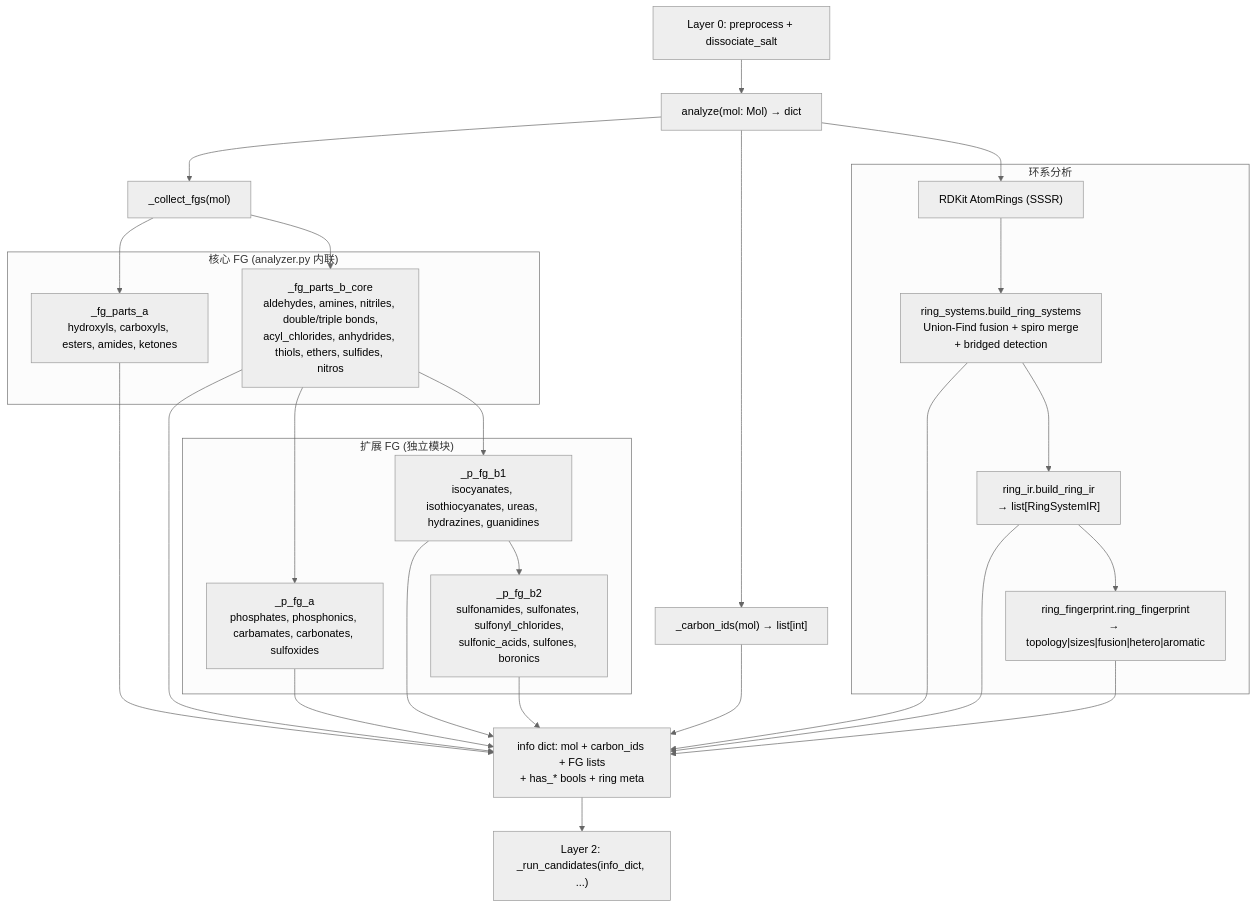
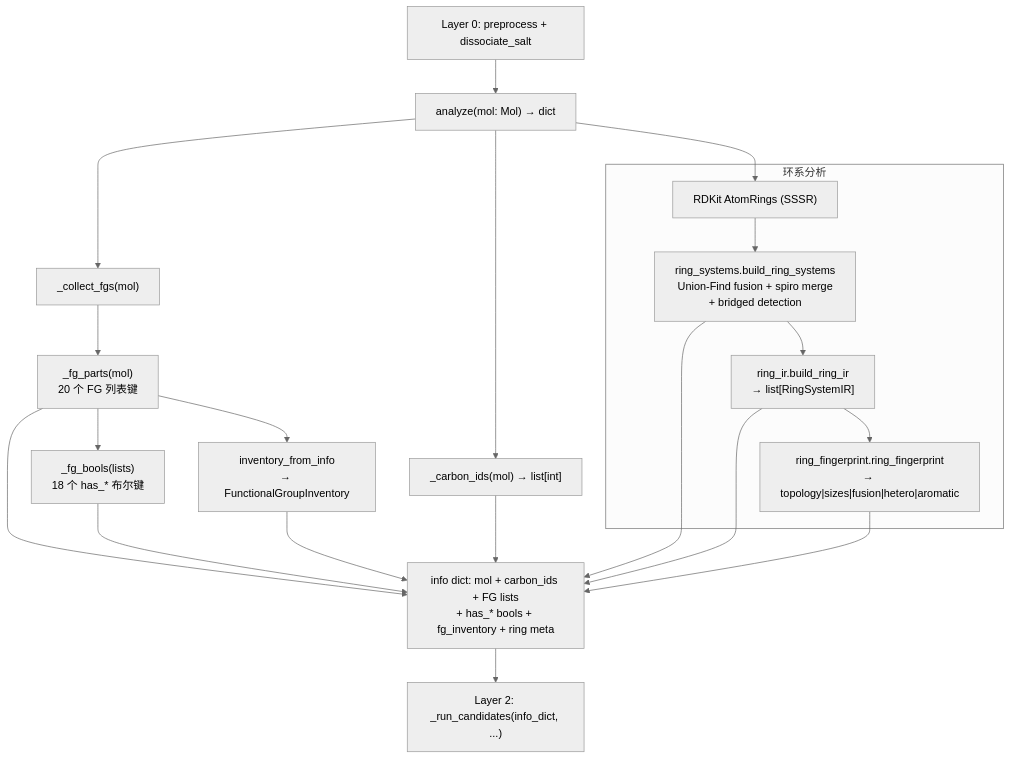
One commit to zouxiaofei1/OpenSMILES changed the first of 2 diagrams in docs/wiki/architecture/layer1-analyzer.md. Above: the diagram before and after it, drawn with Mermaid (neutral theme). The commit also changed other lines of this file and 20 other files, not shown here.

````diff
--- a/docs/wiki/architecture/layer1-analyzer.md
+++ b/docs/wiki/architecture/layer1-analyzer.md
@@ -208,55 +173,43 @@
 ```mermaid
 flowchart TD
     L0["Layer 0: preprocess + dissociate_salt"]
     L1_ENTRY["analyze(mol: Mol) → dict"]
     CARBONS["_carbon_ids(mol) → list[int]"]
     FG_COLLECT["_collect_fgs(mol)"]
-
-    subgraph FG_CORE["核心 FG (analyzer.py 内联)"]
-        FG_A["_fg_parts_a<br/>hydroxyls, carboxyls, esters, amides, ketones"]
-        FG_B_CORE["_fg_parts_b_core<br/>aldehydes, amines, nitriles, double/triple bonds,<br/>acyl_chlorides, anhydrides, thiols, ethers, sulfides, nitros"]
-    end
-
-    subgraph FG_EXT["扩展 FG (独立模块)"]
-        FG_PA["_p_fg_a<br/>phosphates, phosphonics, carbamates, carbonates, sulfoxides"]
-        FG_PB1["_p_fg_b1<br/>isocyanates, isothiocyanates, ureas, hydrazines, guanidines"]
-        FG_PB2["_p_fg_b2<br/>sulfonamides, sulfonates, sulfonyl_chlorides,<br/>sulfonic_acids, sulfones, boronics"]
-    end
+    FG_PARTS["_fg_parts(mol)<br/>20 个 FG 列表键"]
+    FG_BOOLS["_fg_bools(lists)<br/>18 个 has_* 布尔键"]
+    INV["inventory_from_info<br/>→ FunctionalGroupInventory"]
 
     subgraph RING["环系分析"]
         SSSR["RDKit AtomRings (SSSR)"]
         RING_SYS["ring_systems.build_ring_systems<br/>Union-Find fusion + spiro merge<br/>+ bridged detection"]
         RING_IR["ring_ir.build_ring_ir<br/>→ list[RingSystemIR]"]
         RING_FP["ring_fingerprint.ring_fingerprint<br/>→ topology|sizes|fusion|hetero|aromatic"]
     end
 
-    RESULT["info dict: mol + carbon_ids + FG lists<br/>+ has_* bools + ring meta"]
+    RESULT["info dict: mol + carbon_ids + FG lists<br/>+ has_* bools + fg_inventory + ring meta"]
     L2["Layer 2: _run_candidates(info_dict, ...)"]
 
     L0 --> L1_ENTRY
     L1_ENTRY --> CARBONS
     L1_ENTRY --> FG_COLLECT
     L1_ENTRY --> SSSR
 
-    FG_COLLECT --> FG_A
-    FG_COLLECT --> FG_B_CORE
-    FG_B_CORE --> FG_PA
-    FG_B_CORE --> FG_PB1
-    FG_PB1 --> FG_PB2
+    FG_COLLECT --> FG_PARTS
+    FG_PARTS --> FG_BOOLS
+    FG_PARTS --> INV
 
-    FG_A --> RESULT
-    FG_B_CORE --> RESULT
-    FG_PA --> RESULT
-    FG_PB1 --> RESULT
-    FG_PB2 --> RESULT
+    FG_PARTS --> RESULT
+    FG_BOOLS --> RESULT
+    INV --> RESULT
     CARBONS --> RESULT
 
     SSSR --> RING_SYS
     RING_SYS --> RING_IR
     RING_IR --> RING_FP
     RING_SYS --> RESULT
     RING_IR --> RESULT
     RING_FP --> RESULT
 
     RESULT --> L2
 ```
````
